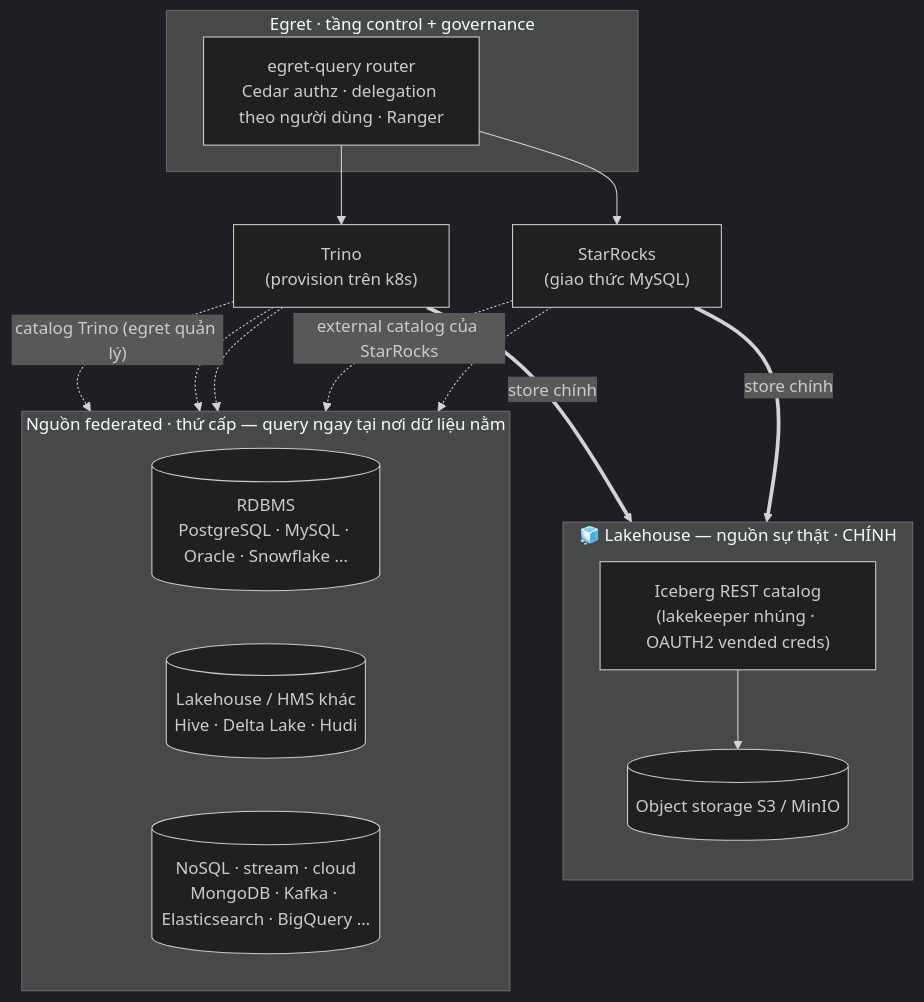
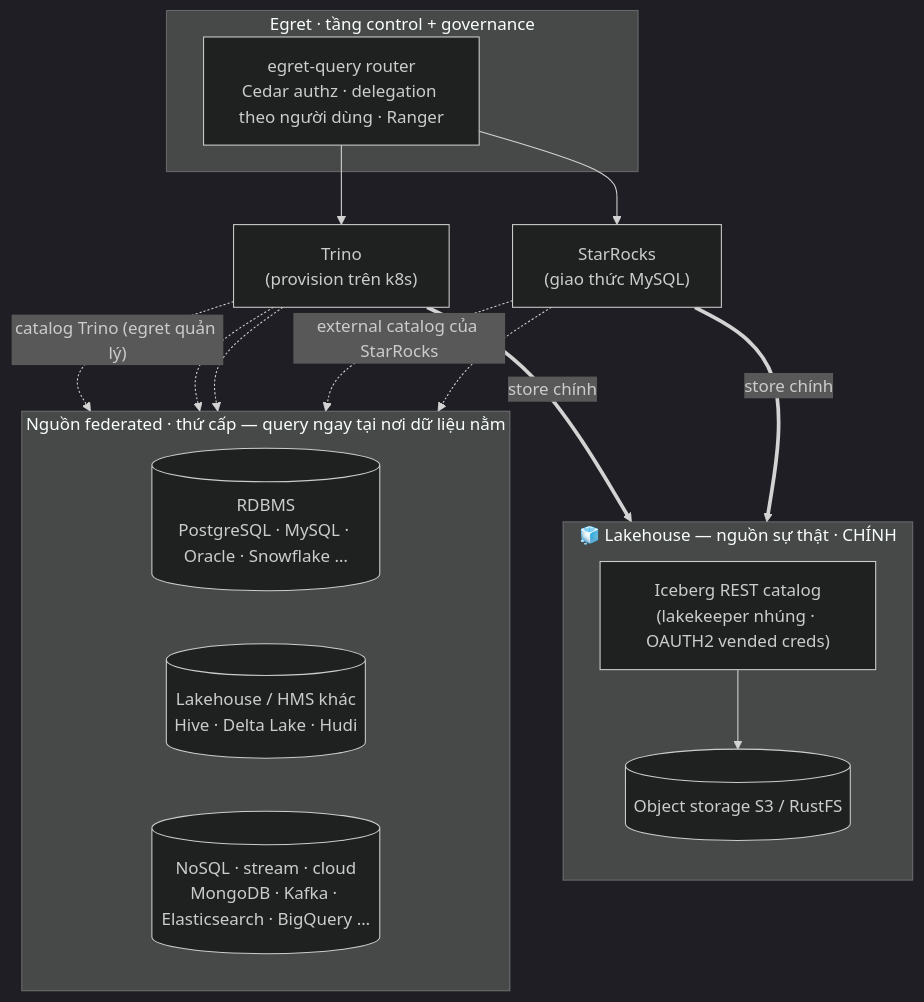
The second of 7 diagrams in README.vi.md (egret-data/platform), drawn with Mermaid (dark theme) before and after one commit. The commit also changed other lines of this file and 58 other files, not shown here.

First line of the commit message:
chore: rename MinIO to RustFS everywhere the stack is live

````diff
--- a/README.vi.md
+++ b/README.vi.md
@@ -82,34 +82,34 @@
 ```mermaid
 flowchart TB
     subgraph CP["Egret · tầng control + governance"]
         QR["egret-query router<br/>Cedar authz · delegation theo người dùng · Ranger"]
     end
     QR --> TRINO
     QR --> SR
 
     TRINO["Trino<br/>(provision trên k8s)"]
     SR["StarRocks<br/>(giao thức MySQL)"]
 
     subgraph LH["🧊 Lakehouse — nguồn sự thật · CHÍNH"]
         direction TB
         ICE["Iceberg REST catalog<br/>(lakekeeper nhúng · OAUTH2 vended creds)"]
-        OBJ[("Object storage S3 / MinIO")]
+        OBJ[("Object storage S3 / RustFS")]
         ICE --> OBJ
     end
 
     TRINO ==>|"store chính"| ICE
     SR ==>|"store chính"| ICE
 
     subgraph FED["Nguồn federated · thứ cấp — query ngay tại nơi dữ liệu nằm"]
         direction LR
         RDBMS[("RDBMS<br/>PostgreSQL · MySQL · Oracle · Snowflake …")]
         LAKE2[("Lakehouse / HMS khác<br/>Hive · Delta Lake · Hudi")]
         MISC[("NoSQL · stream · cloud<br/>MongoDB · Kafka · Elasticsearch · BigQuery …")]
     end
 
     TRINO -.->|"catalog Trino (egret quản lý)"| RDBMS
     TRINO -.-> LAKE2
     TRINO -.-> MISC
     SR -.->|"external catalog của StarRocks"| RDBMS
     SR -.-> LAKE2
 ```
````
